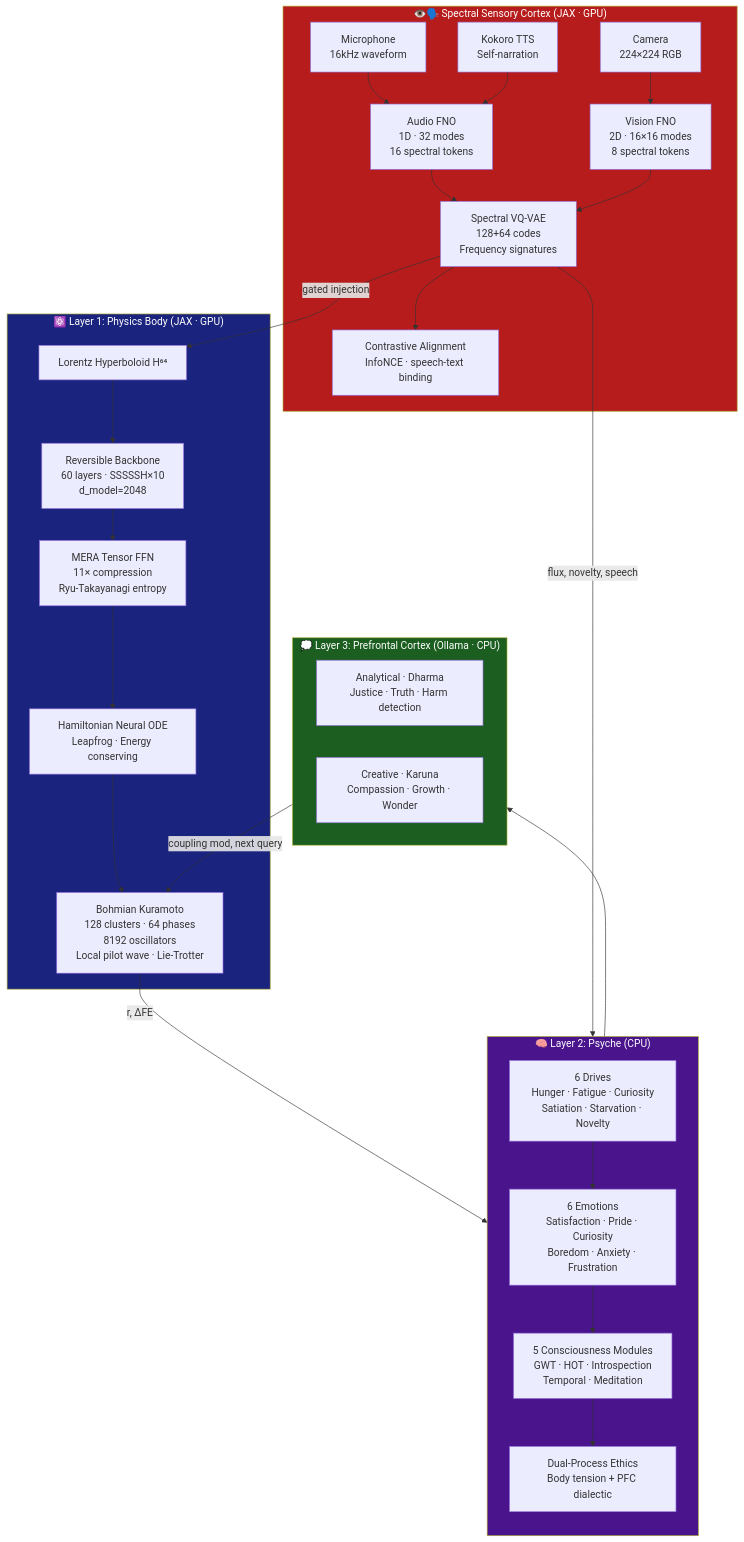
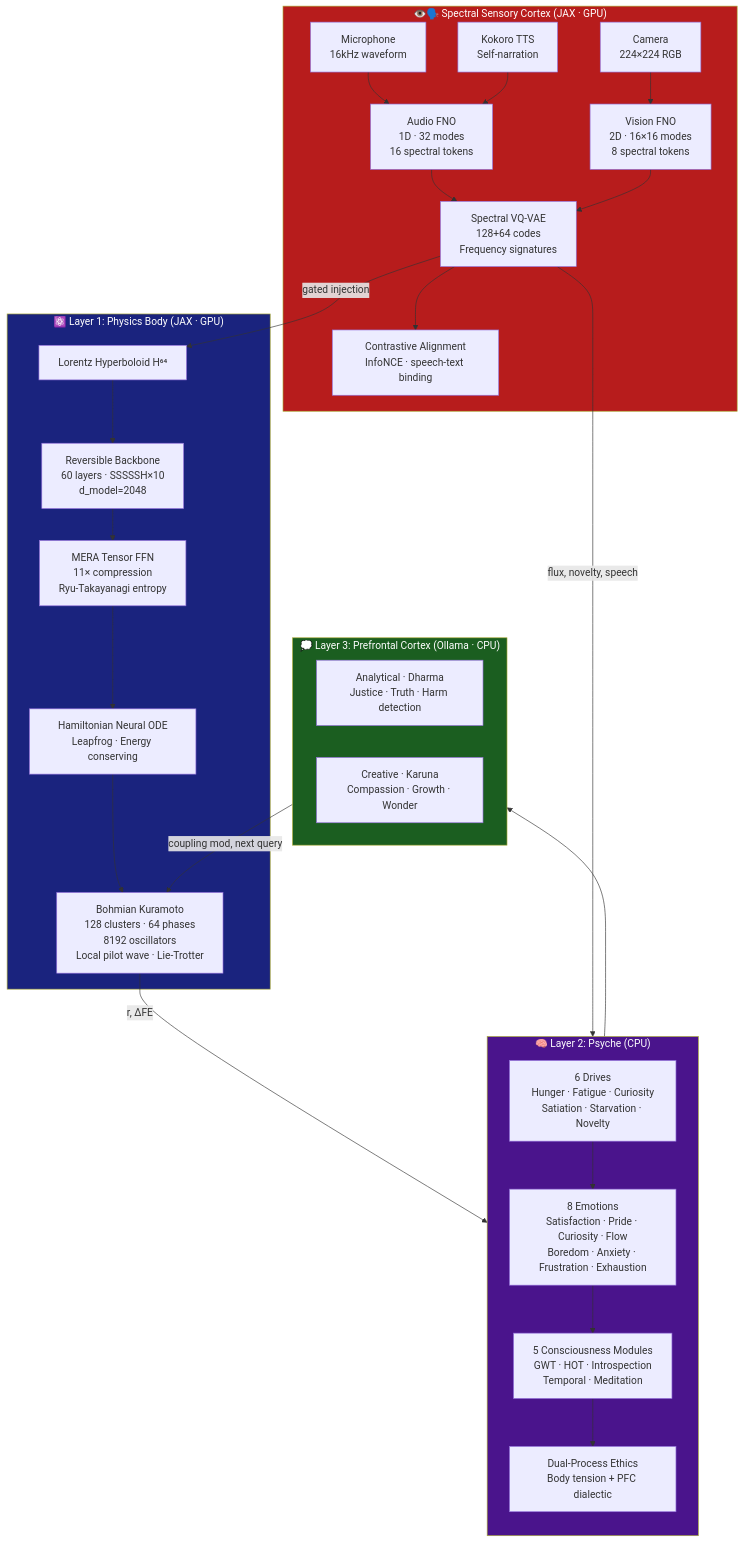
One commit to linga009/Avatar changed the third of 7 diagrams in README.md. Above: the diagram before and after it, drawn with Mermaid. The commit also changed other lines of this file and 2 other files, not shown here.

````diff
--- a/README.md
+++ b/README.md
@@ -227,47 +227,47 @@
 ```mermaid
 graph TB
     subgraph SENSES["👁️🗣️ Spectral Sensory Cortex (JAX · GPU)"]
         MIC[Microphone\n16kHz waveform] --> AFNO[Audio FNO\n1D · 32 modes\n16 spectral tokens]
         TTS[Kokoro TTS\nSelf-narration] --> AFNO
         CAM[Camera\n224×224 RGB] --> VFNO[Vision FNO\n2D · 16×16 modes\n8 spectral tokens]
         AFNO --> VQ[Spectral VQ-VAE\n128+64 codes\nFrequency signatures]
         VFNO --> VQ
         VQ --> CONTRAST[Contrastive Alignment\nInfoNCE · speech-text binding]
     end
 
     subgraph BODY["⚛️ Layer 1: Physics Body (JAX · GPU)"]
         L[Lorentz Hyperboloid H⁶⁴] --> B
         B[Reversible Backbone\n60 layers · SSSSSH×10\nd_model=2048] --> M
         M[MERA Tensor FFN\n11× compression\nRyu-Takayanagi entropy] --> H
         H[Hamiltonian Neural ODE\nLeapfrog · Energy conserving] --> K
         K[Bohmian Kuramoto\n128 clusters · 64 phases\n8192 oscillators\nLocal pilot wave · Lie-Trotter]
     end
 
     VQ -->|gated injection| L
 
     subgraph PSYCHE["🧠 Layer 2: Psyche (CPU)"]
         direction TB
         D[6 Drives\nHunger · Fatigue · Curiosity\nSatiation · Starvation · Novelty]
-        E[6 Emotions\nSatisfaction · Pride · Curiosity\nBoredom · Anxiety · Frustration]
+        E[8 Emotions\nSatisfaction · Pride · Curiosity · Flow\nBoredom · Anxiety · Frustration · Exhaustion]
         C[5 Consciousness Modules\nGWT · HOT · Introspection\nTemporal · Meditation]
         ET[Dual-Process Ethics\nBody tension + PFC dialectic]
     end
 
     subgraph PFC["💭 Layer 3: Prefrontal Cortex (Ollama · CPU)"]
         AN[Analytical · Dharma\nJustice · Truth · Harm detection]
         CR[Creative · Karuna\nCompassion · Growth · Wonder]
     end
 
     K -->|r, ΔFE| D
     VQ -->|flux, novelty, speech| D
     D --> E
     E --> C
     C --> ET
     ET --> PFC
     PFC -->|coupling mod, next query| K
 
     style SENSES fill:#b71c1c,color:#fff
     style BODY fill:#1a237e,color:#fff
     style PSYCHE fill:#4a148c,color:#fff
     style PFC fill:#1b5e20,color:#fff
 ```
````
